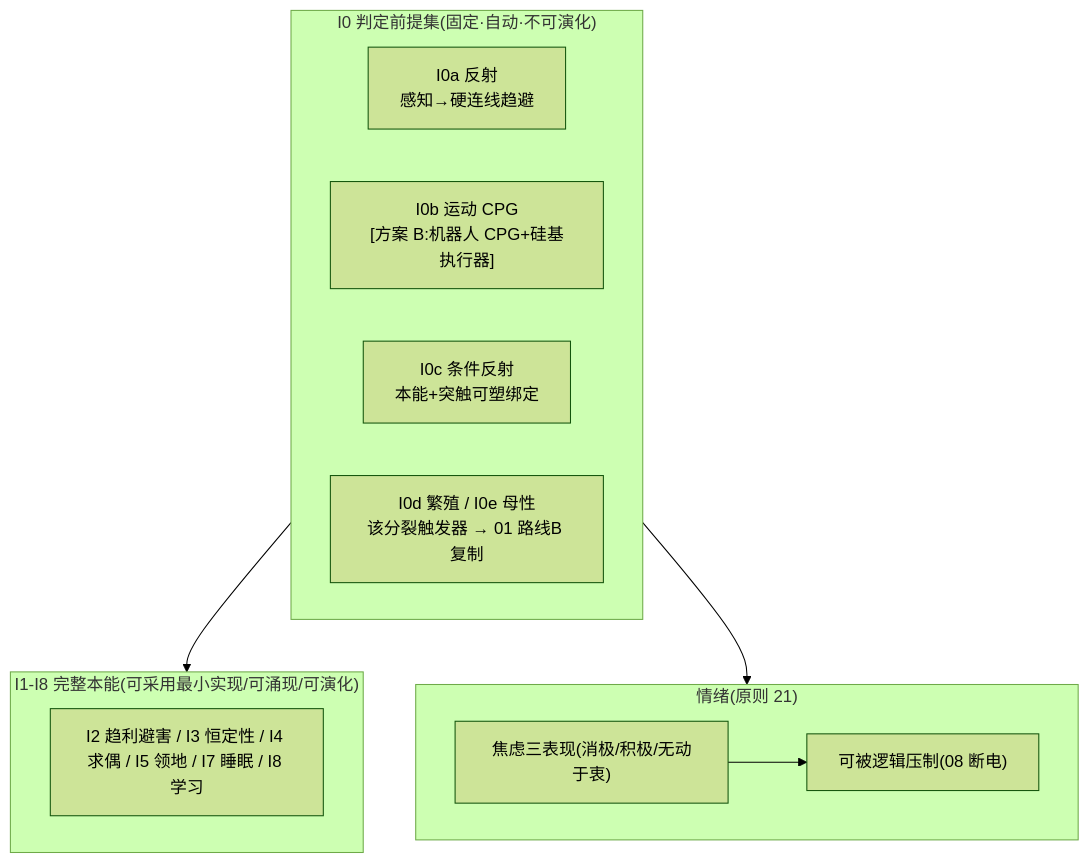
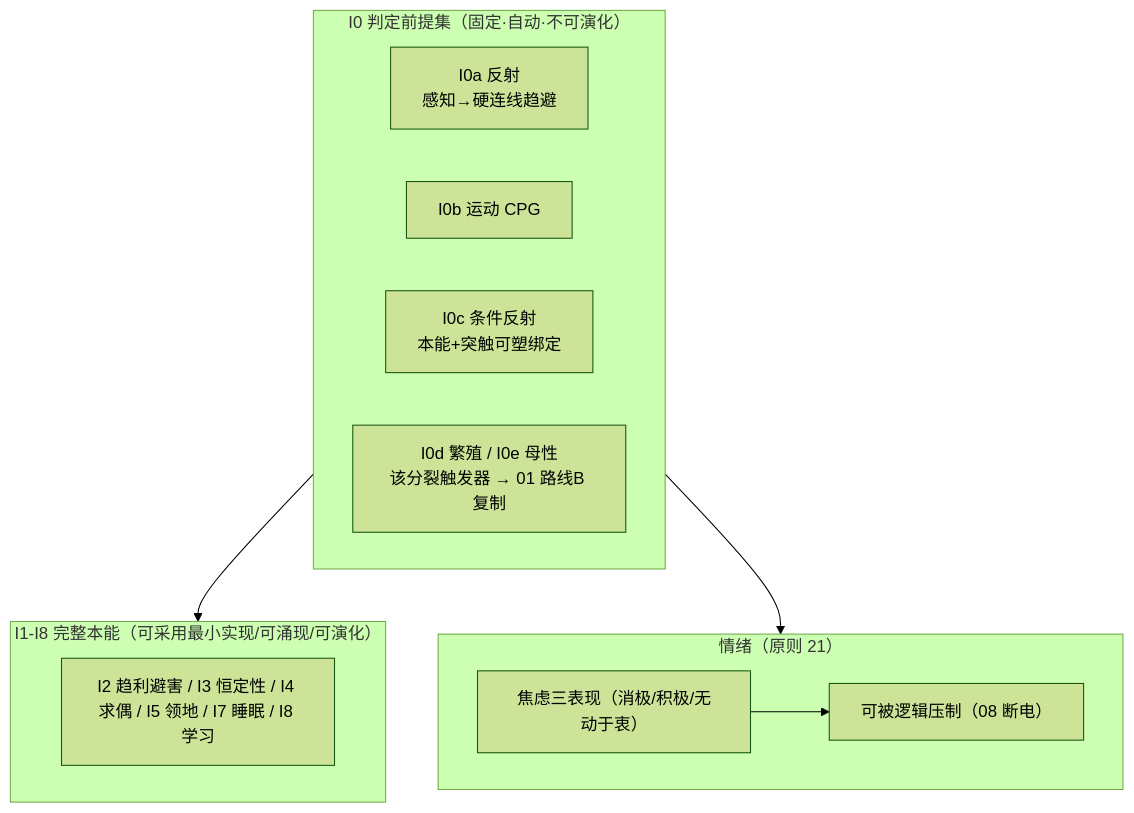
Before and after one commit to RichardASimon/Silicon-Biological-Blueprint: the first of 2 diagrams in zh-CN/09_本能行为_设计.md, drawn with Mermaid (forest theme). The commit also changed other lines of this file and 23 other files, not shown here.

First line of the commit message:
docs: repair all mermaid diagrams and add emergence mechanisms with literature

````diff
--- a/zh-CN/09_本能行为_设计.md
+++ b/zh-CN/09_本能行为_设计.md
@@ -162,22 +162,19 @@
 ```mermaid
 flowchart TB
-    subgraph I0["I0 判定前提集(固定·自动·不可演化)"]
+    subgraph I0["I0 判定前提集（固定·自动·不可演化）"]
         A["I0a 反射<br/>感知→硬连线趋避<br/>"]
-        B["I0b 运动 CPG<br/>[方案 B:机器人 CPG+硅基执行器]"]
+        B["I0b 运动 CPG<br/>"]
         C["I0c 条件反射<br/>本能+突触可塑绑定<br/>"]
         D["I0d 繁殖 / I0e 母性<br/>该分裂触发器 → 01 路线B 复制<br/>"]
     end
-
-    subgraph I18["I1-I8 完整本能(可采用最小实现/可涌现/可演化)"]
+    subgraph I18["I1-I8 完整本能（可采用最小实现/可涌现/可演化）"]
         X["I2 趋利避害 / I3 恒定性 / I4 求偶 / I5 领地 / I7 睡眠 / I8 学习<br/>"]
     end
-
-    subgraph EMOD["情绪(原则 21)"]
-        E["焦虑三表现(消极/积极/无动于衷)<br/>"]
-        E2["可被逻辑压制(08 断电)<br/>"]
+    subgraph EMOD["情绪（原则 21）"]
+        E["焦虑三表现（消极/积极/无动于衷）<br/>"]
+        E2["可被逻辑压制（08 断电）<br/>"]
         E --> E2
     end
-
     I0 --> I18
     I0 --> EMOD
 ```
````
